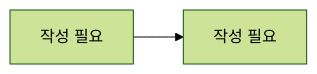
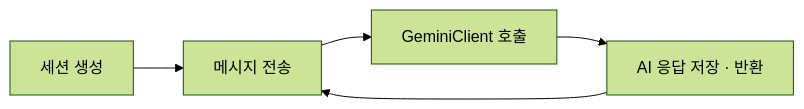
The first of 2 diagrams in wiki/AI-튜터-복습.md (ieums/onsaem), drawn with Mermaid (forest theme) before and after one commit. The commit also changed other lines of this file and 2 other files, not shown here.

````diff
--- a/wiki/AI-튜터-복습.md
+++ b/wiki/AI-튜터-복습.md
@@ -19,4 +23,7 @@
 ```mermaid
 flowchart LR
-    A["작성 필요"] --> B["작성 필요"]
+    A["세션 생성"] --> B["메시지 전송"]
+    B --> C["GeminiClient 호출"]
+    C --> D["AI 응답 저장 · 반환"]
+    D --> B
 ```
````
